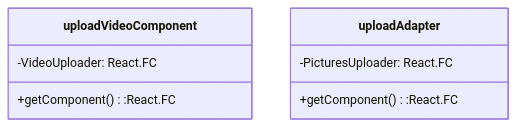
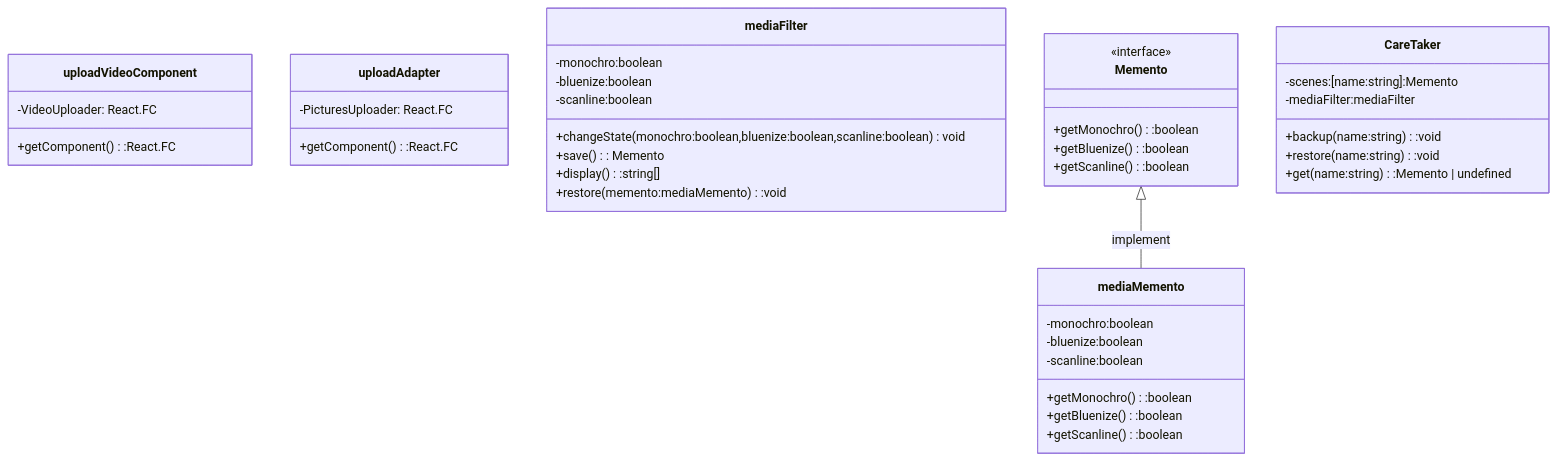
Before and after one commit to shu-hi/react: the second of 2 diagrams in readme.md, drawn with Mermaid. The commit also changed other lines of this file and 5 other files, not shown here.

````diff
--- a/readme.md
+++ b/readme.md
@@ -48,12 +58,44 @@
 ```mermaid
 
 classDiagram
     class uploadVideoComponent{
         -VideoUploader: React.FC<uploadprops>
         +getComponent():React.FC<uploadprops>
     }
     class uploadAdapter {
         -PicturesUploader: React.FC<uploadprops2>
         +getComponent():React.FC<uploadprops>
     }
+    class mediaFilter{
+        -monochro:boolean
+        -bluenize:boolean
+        -scanline:boolean
+        +changeState(monochro:boolean,bluenize:boolean,scanline:boolean) void
+        +save(): Memento
+        +display():string[]
+        +restore(memento:mediaMemento):void
+    }
+    class Memento{
+        <<interface>>
+        +getMonochro():boolean
+        +getBluenize():boolean
+        +getScanline():boolean
+    }
+    class mediaMemento{
+        -monochro:boolean
+        -bluenize:boolean
+        -scanline:boolean
+        +getMonochro():boolean
+        +getBluenize():boolean
+        +getScanline():boolean
+    }
+    class CareTaker{
+    -scenes:[name:string]:Memento
+    -mediaFilter:mediaFilter
+    +backup(name:string):void
+    +restore(name:string):void
+    +get(name:string):Memento | undefined
+    }
+    Memento <|-- mediaMemento : implement
+
 ```
````
